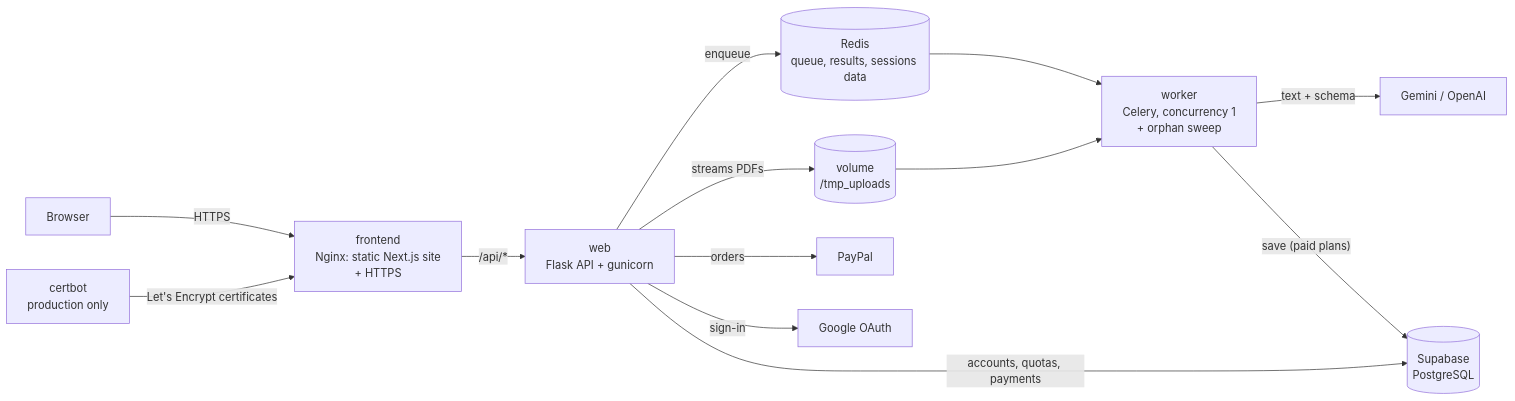
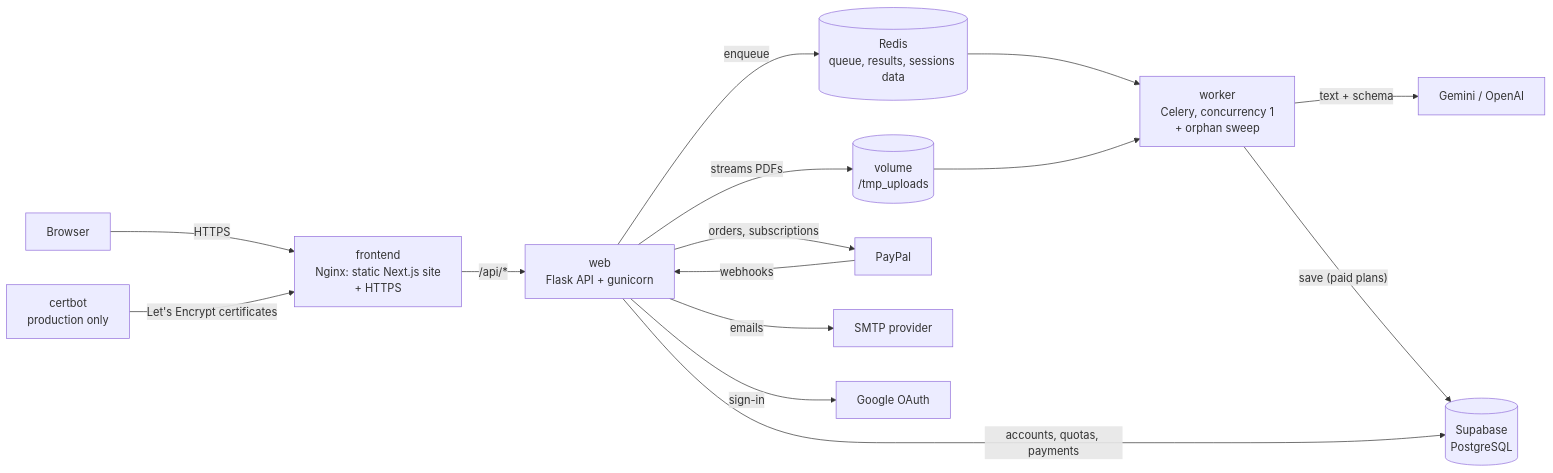
Before and after one commit to AESMatias/Extracta: the diagram in README.md, drawn with Mermaid. The commit also changed other lines of this file and 6 other files, not shown here.

First line of the commit message:
docs: document email, subscriptions and PayPal webhooks for local use and deployment

````diff
--- a/README.md
+++ b/README.md
@@ -88,15 +89,17 @@
 ```mermaid
 flowchart LR
     B[Browser] -- "HTTPS" --> C[frontend<br/>Nginx: static Next.js site<br/>+ HTTPS]
     C -- "/api/*" --> W[web<br/>Flask API + gunicorn]
     W -- "streams PDFs" --> V[(volume<br/>/tmp_uploads)]
     W -- "enqueue" --> R[(Redis<br/>queue, results, sessions data)]
     R --> K[worker<br/>Celery, concurrency 1<br/>+ orphan sweep]
     V --> K
     K -- "text + schema" --> L[Gemini / OpenAI]
     K -- "save (paid plans)" --> S[(Supabase<br/>PostgreSQL)]
     W -- "accounts, quotas, payments" --> S
-    W -- "orders" --> P[PayPal]
+    W -- "orders, subscriptions" --> P[PayPal]
+    P -- "webhooks" --> W
+    W -- "emails" --> M[SMTP provider]
     W -- "sign-in" --> G[Google OAuth]
     CB[certbot<br/>production only] -- "Let's Encrypt certificates" --> C
 ```
````
